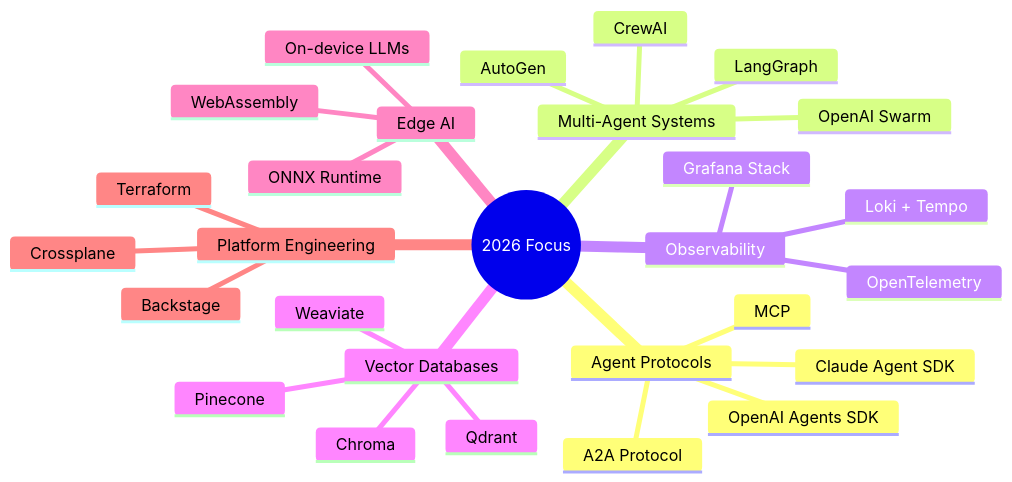
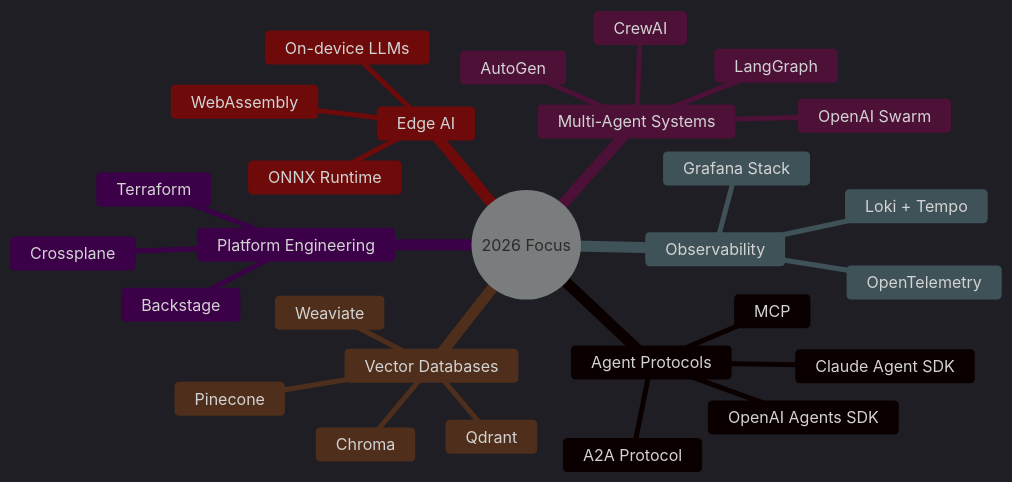
Before and after one commit to asadullah48/asadullah48: the second of 2 diagrams in README.md, drawn with Mermaid. The commit also changed other lines of this file, not shown here.

````diff
--- a/README.md
+++ b/README.md
@@ -233,31 +276,32 @@
 ```mermaid
+%%{init: {'theme': 'dark'}}%%
 mindmap
   root((2026 Focus))
     Agent Protocols
       MCP
       A2A Protocol
       Claude Agent SDK
       OpenAI Agents SDK
     Multi-Agent Systems
       LangGraph
       CrewAI
       AutoGen
       OpenAI Swarm
     Observability
       OpenTelemetry
       Grafana Stack
       Loki + Tempo
     Vector Databases
       Pinecone
       Qdrant
       Chroma
       Weaviate
     Edge AI
       WebAssembly
       ONNX Runtime
       On-device LLMs
     Platform Engineering
       Backstage
       Crossplane
       Terraform
 ```
````
